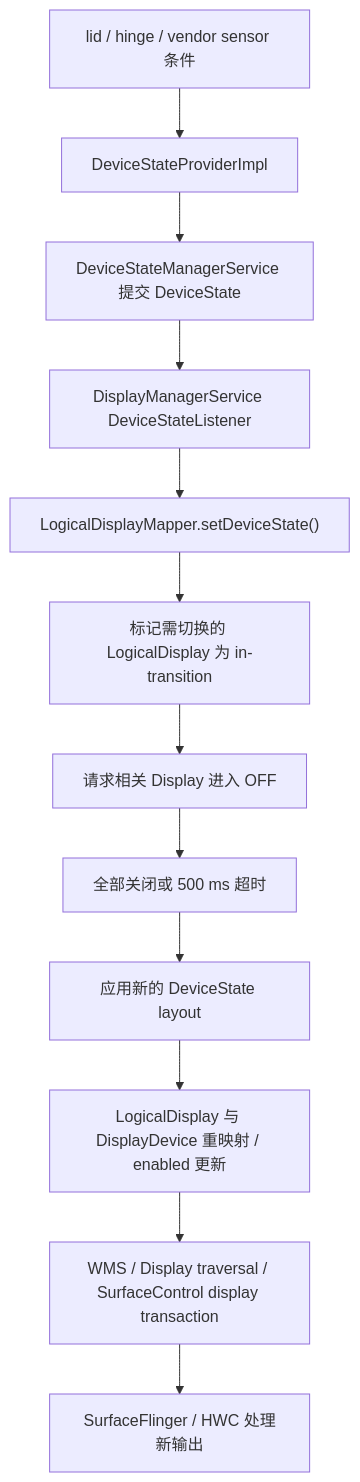
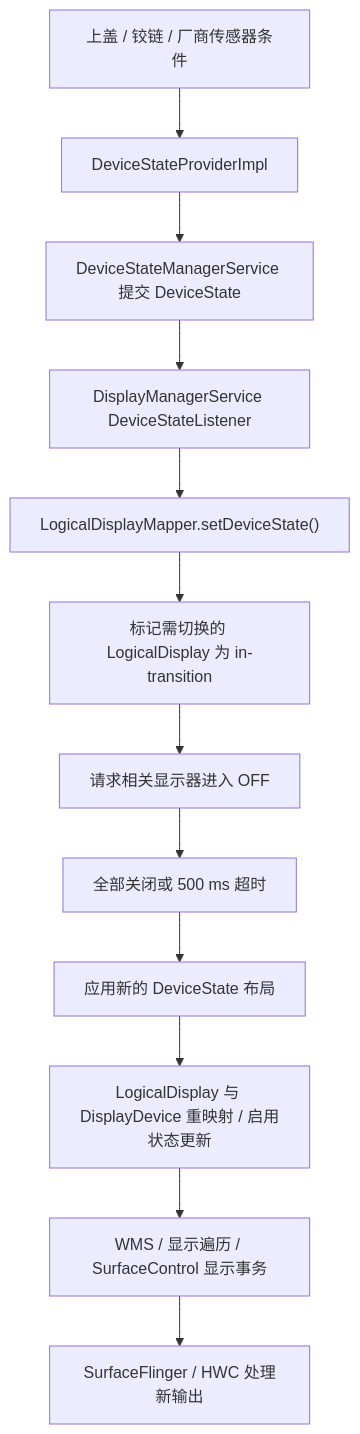
One commit to Gracker/android-internals-wiki changed the diagram in src/part1-fundamentals/ch02-rendering/28-foldable-display-pipeline-performance.md. Above: the diagram before and after it, drawn with Mermaid. The commit also changed other lines of this file and 4 other files, not shown here.

````diff
--- a/src/part1-fundamentals/ch02-rendering/28-foldable-display-pipeline-performance.md
+++ b/src/part1-fundamentals/ch02-rendering/28-foldable-display-pipeline-performance.md
@@ -115,14 +115,14 @@
 ```mermaid
 flowchart TD
-    A["lid / hinge / vendor sensor 条件"] --> B["DeviceStateProviderImpl"]
+    A["上盖 / 铰链 / 厂商传感器条件"] --> B["DeviceStateProviderImpl"]
     B --> C["DeviceStateManagerService 提交 DeviceState"]
     C --> D["DisplayManagerService DeviceStateListener"]
     D --> E["LogicalDisplayMapper.setDeviceState()"]
     E --> F["标记需切换的 LogicalDisplay 为 in-transition"]
-    F --> G["请求相关 Display 进入 OFF"]
+    F --> G["请求相关显示器进入 OFF"]
     G --> H["全部关闭或 500 ms 超时"]
-    H --> I["应用新的 DeviceState layout"]
-    I --> J["LogicalDisplay 与 DisplayDevice 重映射 / enabled 更新"]
-    J --> K["WMS / Display traversal / SurfaceControl display transaction"]
+    H --> I["应用新的 DeviceState 布局"]
+    I --> J["LogicalDisplay 与 DisplayDevice 重映射 / 启用状态更新"]
+    J --> K["WMS / 显示遍历 / SurfaceControl 显示事务"]
     K --> L["SurfaceFlinger / HWC 处理新输出"]
 ```
````
